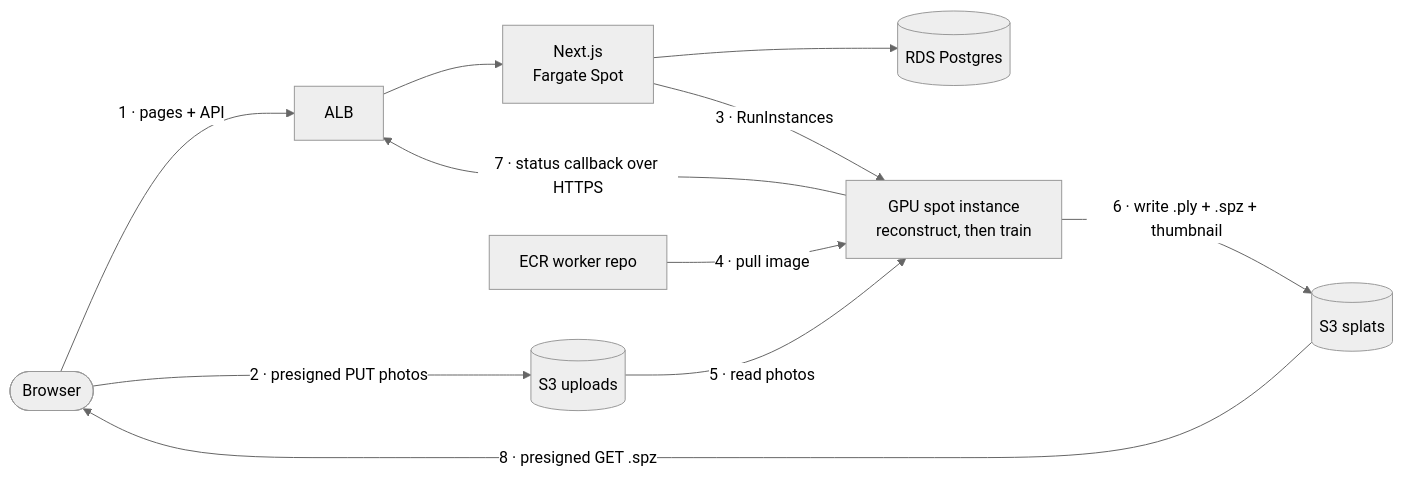
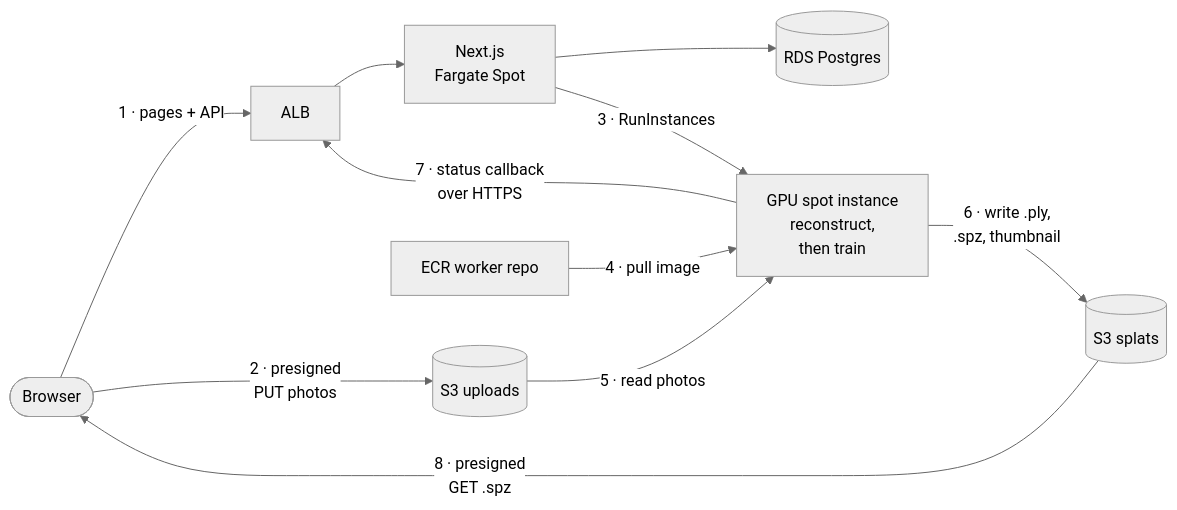
The fifth of 8 diagrams in ARCHITECTURE.md (kamyy/ai-gaussian-splatter), drawn with Mermaid (neutral theme) before and after one commit. The commit also changed other lines of this file, not shown here.

First line of the commit message:
docs: add diagrams to ARCHITECTURE.md

````diff
--- a/ARCHITECTURE.md
+++ b/ARCHITECTURE.md
@@ -173,20 +261,20 @@
 ```mermaid
 flowchart LR
   browser(["Browser"])
   alb["ALB"]
   web["Next.js<br/>Fargate Spot"]
   rds[("RDS Postgres")]
   up[("S3 uploads")]
   sp[("S3 splats")]
-  worker["GPU spot instance<br/>reconstruct, then train"]
+  worker["GPU spot instance<br/>reconstruct,<br/>then train"]
   ecr["ECR worker repo"]
   browser -->|"1 · pages + API"| alb --> web
   web --> rds
-  browser -->|"2 · presigned PUT photos"| up
+  browser -->|"2 · presigned<br/>PUT photos"| up
   web -->|"3 · RunInstances"| worker
   ecr -->|"4 · pull image"| worker
   up -->|"5 · read photos"| worker
-  worker -->|"6 · write .ply + .spz + thumbnail"| sp
-  worker -->|"7 · status callback over HTTPS"| alb
-  sp -->|"8 · presigned GET .spz"| browser
+  worker -->|"6 · write .ply,<br/>.spz, thumbnail"| sp
+  worker -->|"7 · status callback<br/>over HTTPS"| alb
+  sp -->|"8 · presigned<br/>GET .spz"| browser
 ```
````
